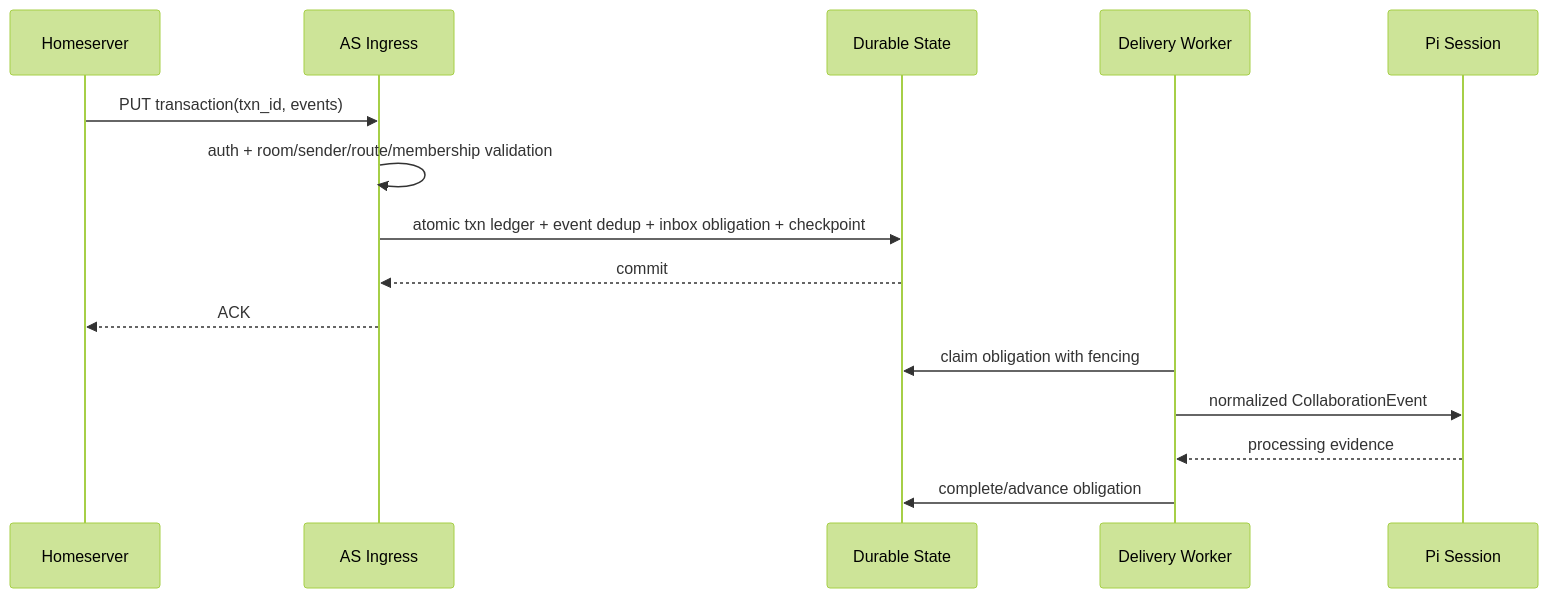
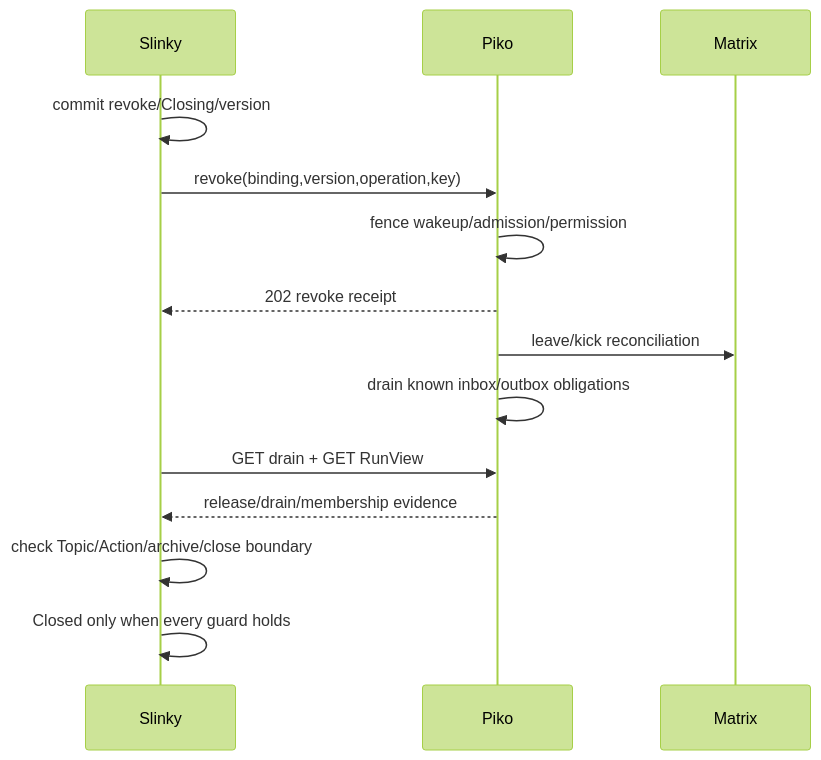
One commit to corezilla/piko changed the second of 2 diagrams in docs/20_system_design/mechanisms/piko-collaboration-bridge-design-v0.3.md. Above: the diagram before and after it, drawn with Mermaid (forest theme). The commit also changed other lines of this file and 23 other files, not shown here.

````diff
--- a/docs/20_system_design/mechanisms/piko-collaboration-bridge-design-v0.3.md
+++ b/docs/20_system_design/mechanisms/piko-collaboration-bridge-design-v0.3.md
@@ -338,17 +127,16 @@
 ```mermaid
 sequenceDiagram
-    participant H as Homeserver
-    participant I as AS Ingress
-    participant D as Durable State
-    participant W as Delivery Worker
-    participant P as Pi Session
-    H->>I: PUT transaction(txn_id, events)
-    I->>I: auth + room/sender/route/membership validation
-    I->>D: atomic txn ledger + event dedup + inbox obligation + checkpoint
-    D-->>I: commit
-    I-->>H: ACK
-    W->>D: claim obligation with fencing
-    W->>P: normalized CollaborationEvent
-    P-->>W: processing evidence
-    W->>D: complete/advance obligation
+  participant S as Slinky
+  participant P as Piko
+  participant M as Matrix
+  S->>S: commit revoke/Closing/version
+  S->>P: revoke(binding,version,operation,key)
+  P->>P: fence wakeup/admission/permission
+  P-->>S: 202 revoke receipt
+  P->>M: leave/kick reconciliation
+  P->>P: drain known inbox/outbox obligations
+  S->>P: GET drain + GET RunView
+  P-->>S: release/drain/membership evidence
+  S->>S: check Topic/Action/archive/close boundary
+  S->>S: Closed only when every guard holds
 ```
````
